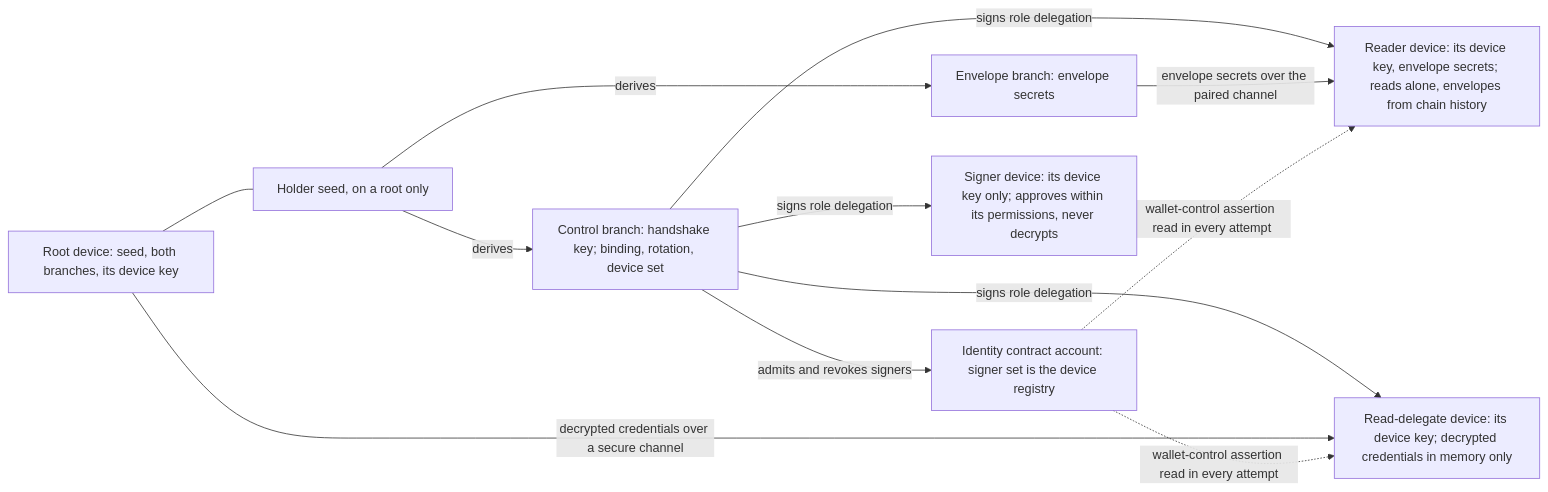
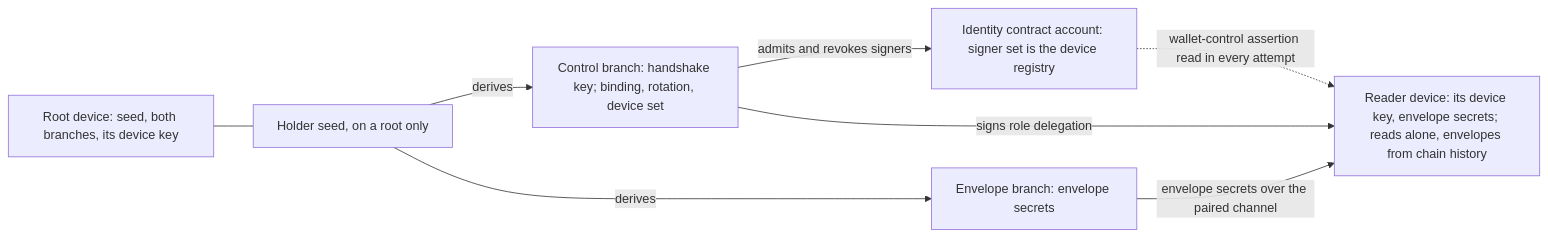
Before and after one commit to tsylvester/chaintorrent: the fourth of 4 diagrams in docs/project-planning/system-architecture.md, drawn with Mermaid. The commit also changed other lines of this file and 15 other files, not shown here.

````diff
--- a/docs/project-planning/system-architecture.md
+++ b/docs/project-planning/system-architecture.md
@@ -330,22 +334,16 @@
 ```mermaid
 flowchart LR
     seed["Holder seed, on a root only"]
     control["Control branch: handshake key; binding, rotation, device set"]
     envelope["Envelope branch: envelope secrets"]
     account["Identity contract account: signer set is the device registry"]
     root["Root device: seed, both branches, its device key"]
     reader["Reader device: its device key, envelope secrets; reads alone, envelopes from chain history"]
-    delegate["Read-delegate device: its device key; decrypted credentials in memory only"]
-    signer["Signer device: its device key only; approves within its permissions, never decrypts"]
     seed -->|"derives"| control
     seed -->|"derives"| envelope
     root --- seed
     control -->|"admits and revokes signers"| account
     control -->|"signs role delegation"| reader
-    control -->|"signs role delegation"| delegate
-    control -->|"signs role delegation"| signer
     envelope -->|"envelope secrets over the paired channel"| reader
-    root -->|"decrypted credentials over a secure channel"| delegate
     account -.->|"wallet-control assertion read in every attempt"| reader
-    account -.->|"wallet-control assertion read in every attempt"| delegate
 ```
````
